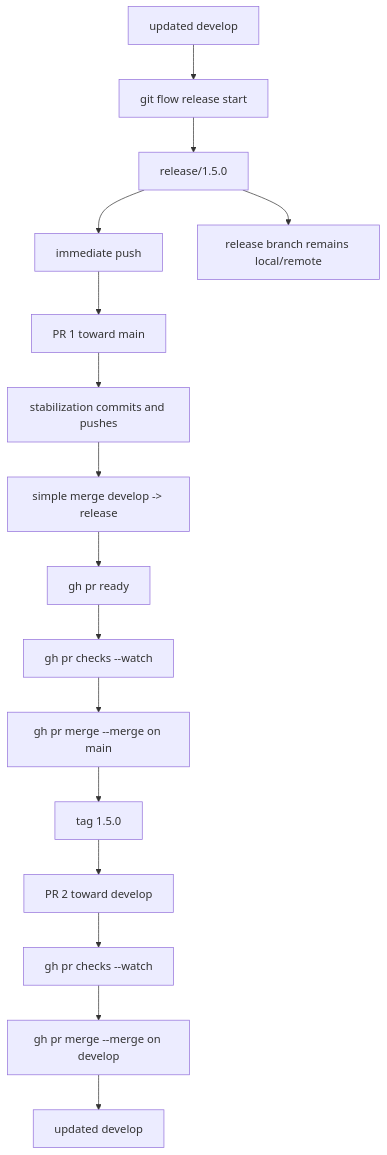
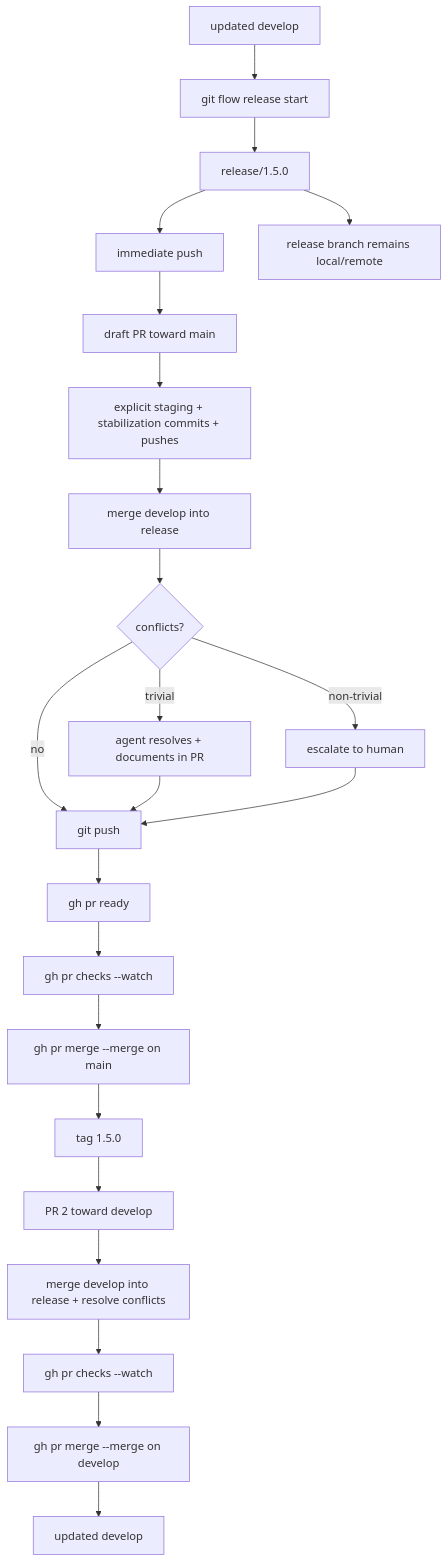
Before and after one commit to NickF93/AgentOrchestrator: the fourth of 6 diagrams in docs/design/gitflow-pr-only-terminal-workflow.md, drawn with Mermaid. The commit also changed other lines of this file, not shown here.

First line of the commit message:
docs(design): align Mermaid diagrams with operational refinements

````diff
--- a/docs/design/gitflow-pr-only-terminal-workflow.md
+++ b/docs/design/gitflow-pr-only-terminal-workflow.md
@@ -893,18 +915,25 @@
 ```mermaid
 flowchart TD
     A[updated develop] --> B[git flow release start]
     B --> C[release/1.5.0]
     C --> D[immediate push]
-    D --> E[PR 1 toward main]
-    E --> F[stabilization commits and pushes]
-    F --> G[simple merge develop -> release]
-    G --> H[gh pr ready]
-    H --> I[gh pr checks --watch]
-    I --> J[gh pr merge --merge on main]
-    J --> K[tag 1.5.0]
-    K --> L[PR 2 toward develop]
+    D --> E[draft PR toward main]
+    E --> F[explicit staging + stabilization commits + pushes]
+    F --> G[merge develop into release]
+    G --> H{conflicts?}
+    H -- no --> I[git push]
+    H -- trivial --> J[agent resolves + documents in PR]
+    J --> I
+    H -- non-trivial --> K[escalate to human]
+    K --> I
+    I --> L[gh pr ready]
     L --> M[gh pr checks --watch]
-    M --> N[gh pr merge --merge on develop]
-    N --> O[updated develop]
-    C --> P[release branch remains local/remote]
+    M --> N[gh pr merge --merge on main]
+    N --> O[tag 1.5.0]
+    O --> P[PR 2 toward develop]
+    P --> Q[merge develop into release + resolve conflicts]
+    Q --> R[gh pr checks --watch]
+    R --> S[gh pr merge --merge on develop]
+    S --> T[updated develop]
+    C --> U[release branch remains local/remote]
 ```
````
